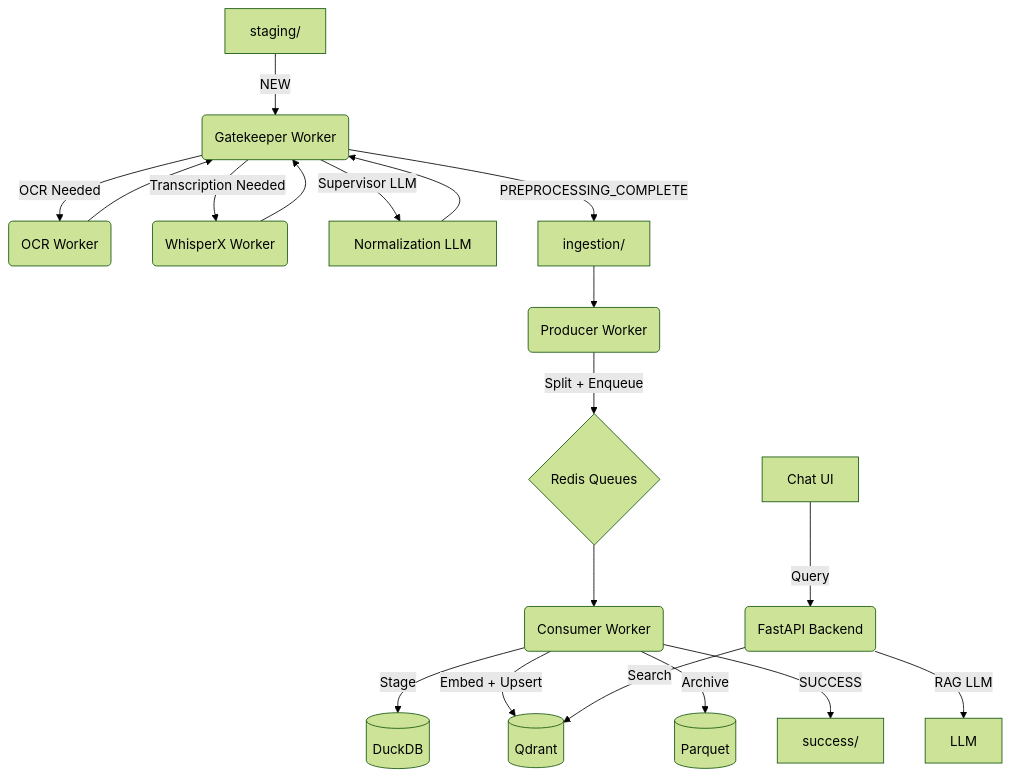
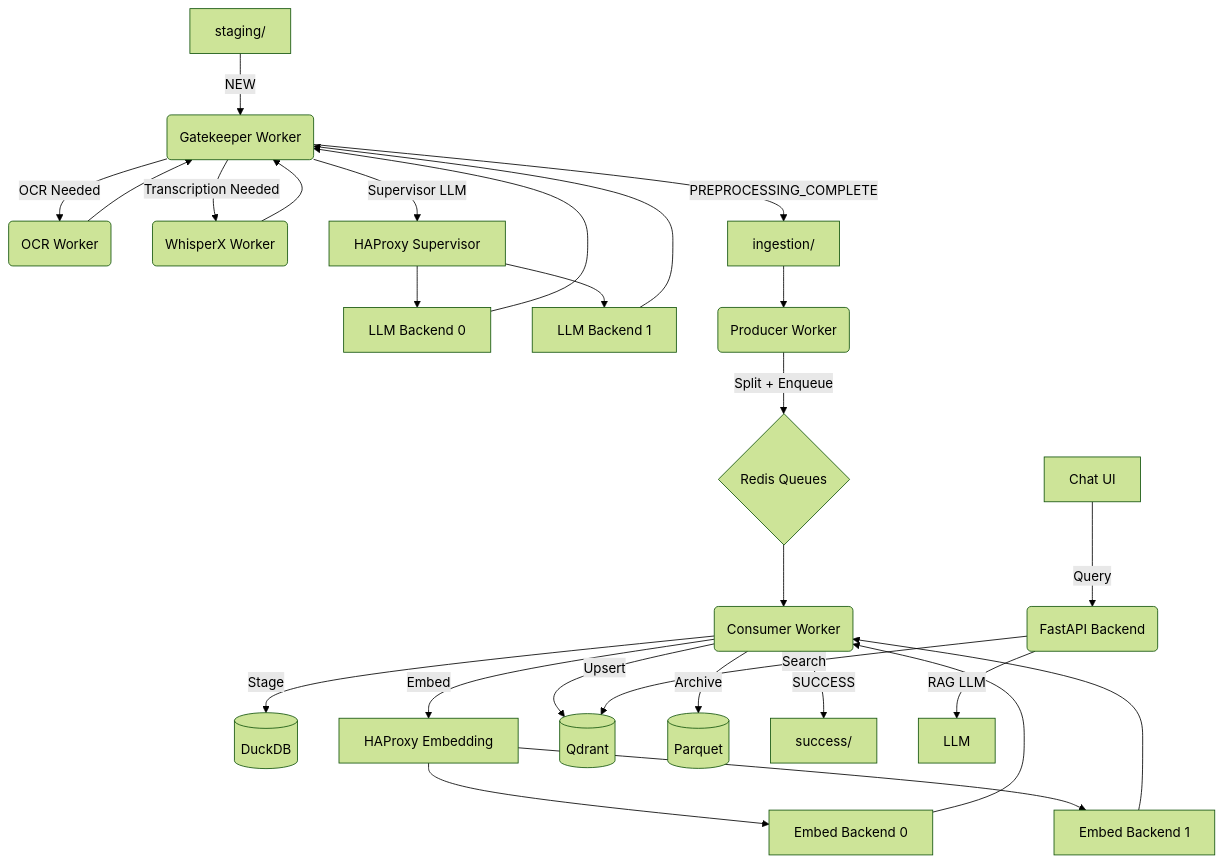
Before and after one commit to SamD/selfhosted-rag-doc-chat-prototype: the second of 2 diagrams in docs/overview.md, drawn with Mermaid (forest theme). The commit also changed other lines of this file and 24 other files, not shown here.

First line of the commit message:
feat: HAProxy load balancing for multi-endpoint LLM/embedding/whisper/OCR

````diff
--- a/docs/overview.md
+++ b/docs/overview.md
@@ -88,22 +89,30 @@
 ```mermaid
 graph TD
     A[staging/] -->|NEW| B(Gatekeeper Worker)
     B -->|OCR Needed| C(OCR Worker)
     C --> B
     B -->|Transcription Needed| W(WhisperX Worker)
     W --> B
-    B -->|Supervisor LLM| N[Normalization LLM]
-    N --> B
+    B -->|Supervisor LLM| HP_S[HAProxy Supervisor]
+    HP_S --> N1[LLM Backend 0]
+    HP_S --> N2[LLM Backend 1]
+    N1 --> B
+    N2 --> B
     B -->|PREPROCESSING_COMPLETE| D[ingestion/]
     D --> E(Producer Worker)
     E -->|Split + Enqueue| F{Redis Queues}
     F --> G(Consumer Worker)
     G -->|Stage| H[(DuckDB)]
-    G -->|Embed + Upsert| I[(Qdrant)]
+    G -->|Embed| HP_E[HAProxy Embedding]
+    HP_E --> E1[Embed Backend 0]
+    HP_E --> E2[Embed Backend 1]
+    E1 --> G
+    E2 --> G
+    G -->|Upsert| I[(Qdrant)]
     G -->|Archive| J[(Parquet)]
     G -->|SUCCESS| K[success/]
     
     L[Chat UI] -->|Query| M(FastAPI Backend)
     M -->|RAG LLM| R[LLM]
     M -->|Search| I
 ```
````
